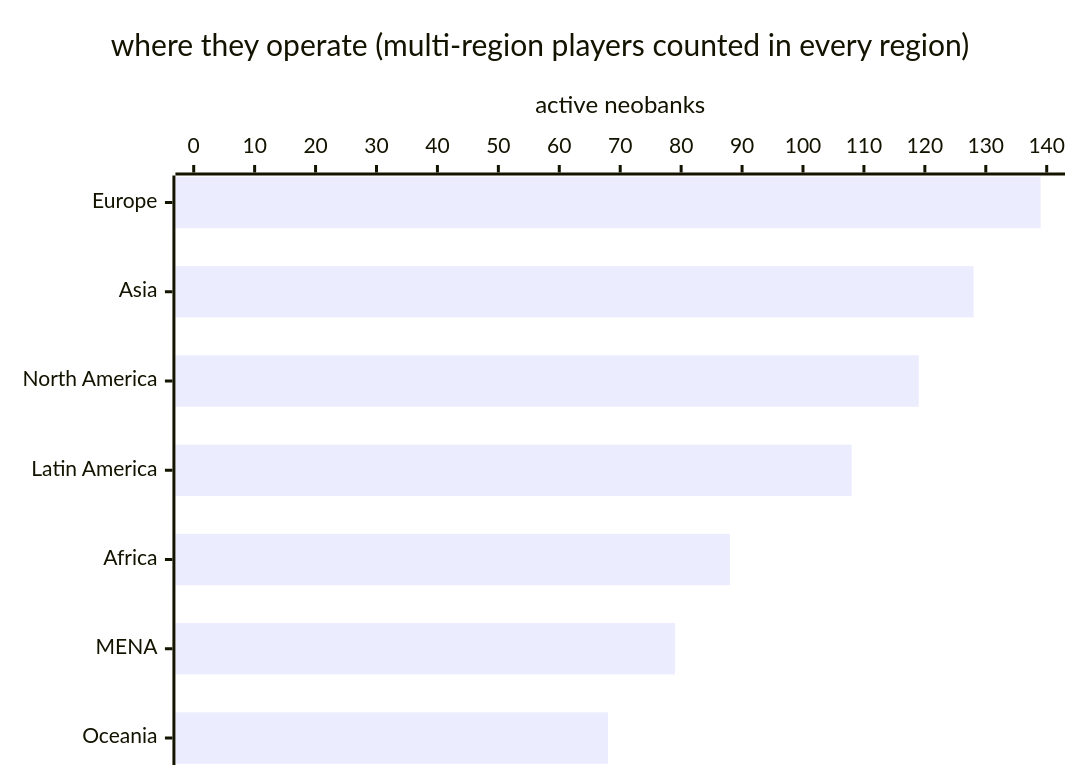
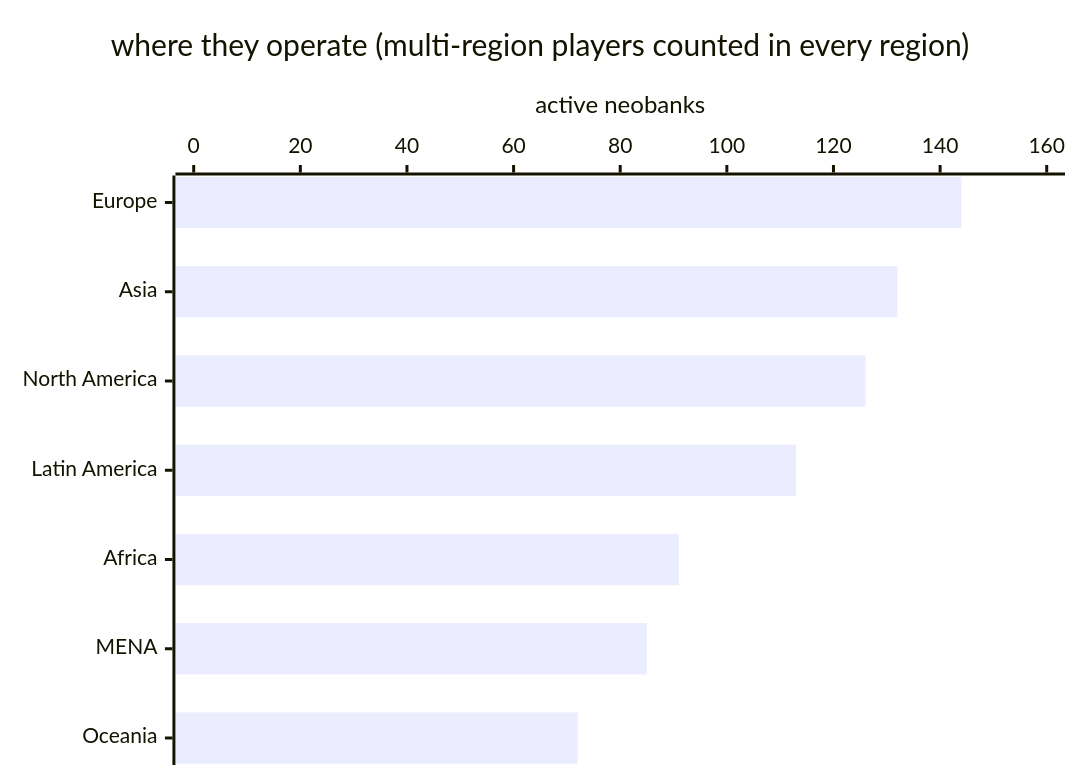
Before and after one commit to andreolf/neobankbeat: the third of 3 diagrams in README.md, drawn with Mermaid. The commit also changed other lines of this file and 1249 other files, not shown here.

````diff
--- a/README.md
+++ b/README.md
@@ -59,7 +59,7 @@
 ```mermaid
 xychart-beta horizontal
     title "where they operate (multi-region players counted in every region)"
     x-axis ["Europe", "Asia", "North America", "Latin America", "Africa", "MENA", "Oceania"]
-    y-axis "active neobanks" 0 --> 140
-    bar [139, 128, 119, 108, 88, 79, 68]
+    y-axis "active neobanks" 0 --> 160
+    bar [144, 132, 126, 113, 91, 85, 72]
 ```
````
